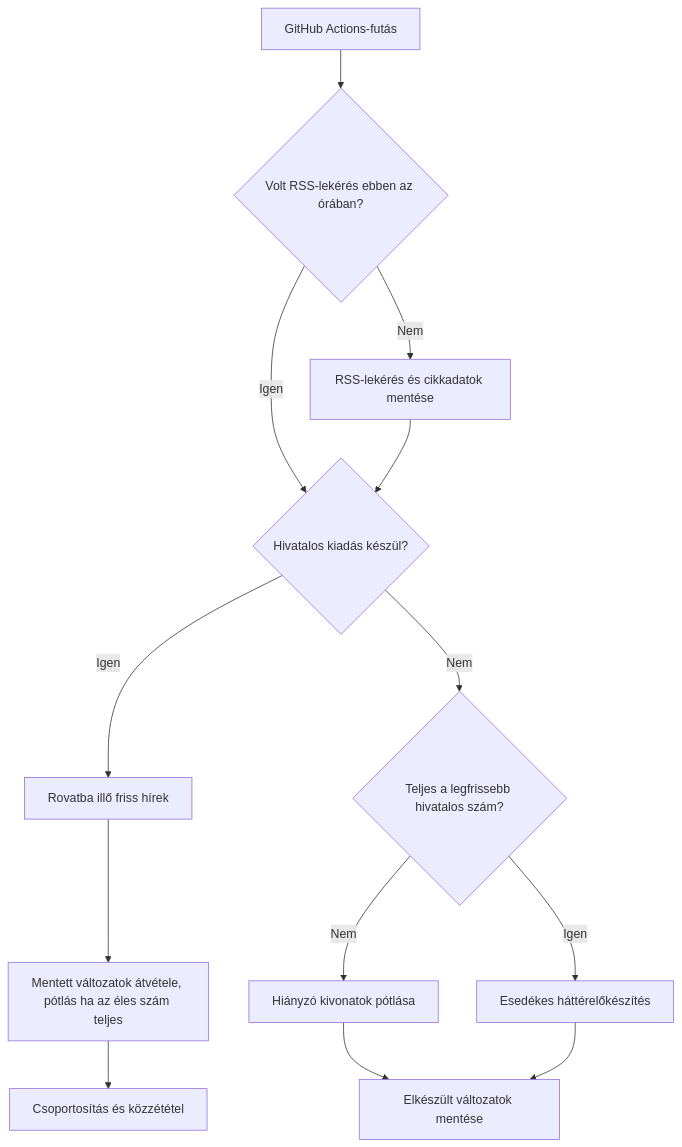
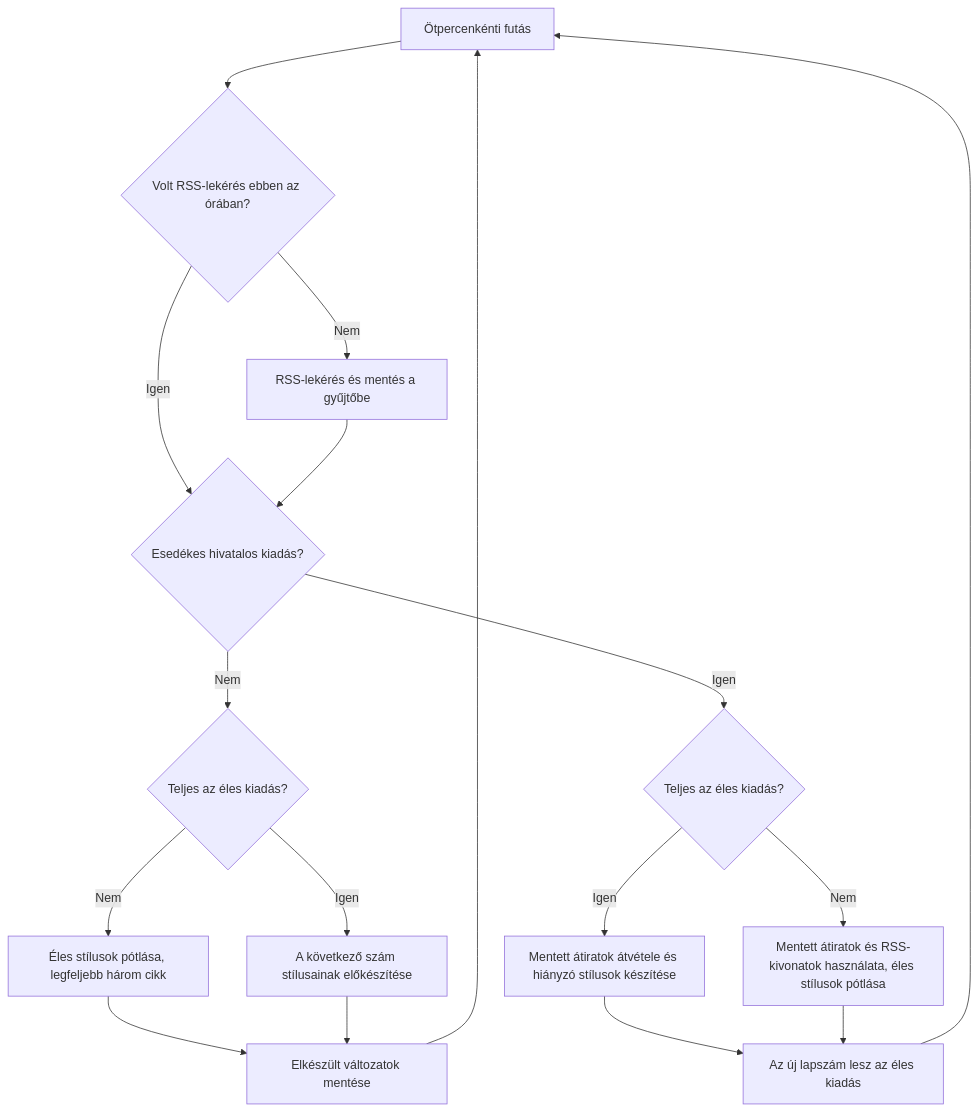
One commit to ngynrbrt-prog/nanonews changed the second of 6 diagrams in Dokumentumok/NANONews-mukodesi-leiras.md. Above: the diagram before and after it, drawn with Mermaid. The commit also changed other lines of this file and 1 other file, not shown here.

Commit message:
Document the recurring NANONews edition workflow

````diff
--- a/Dokumentumok/NANONews-mukodesi-leiras.md
+++ b/Dokumentumok/NANONews-mukodesi-leiras.md
@@ -131,15 +133,19 @@
 ```mermaid
 flowchart TD
-  run["GitHub Actions-futás"] --> hourly{"Volt RSS-lekérés ebben az órában?"}
-  hourly -->|Nem| rss["RSS-lekérés és cikkadatok mentése"]
+  run["Ötpercenkénti futás"] --> hourly{"Volt RSS-lekérés ebben az órában?"}
+  hourly -->|Nem| rss["RSS-lekérés és mentés a gyűjtőbe"]
   hourly -->|Igen| issue
-  rss --> issue{"Hivatalos kiadás készül?"}
-  issue -->|Igen| select["Rovatba illő friss hírek"]
-  select --> reuse["Mentett változatok átvétele, pótlás ha az éles szám teljes"]
-  reuse --> group["Csoportosítás és közzététel"]
-  issue -->|Nem| complete{"Teljes a legfrissebb hivatalos szám?"}
-  complete -->|Nem| backfill["Hiányzó kivonatok pótlása"]
-  complete -->|Igen| prepare["Esedékes háttérelőkészítés"]
-  backfill --> save["Elkészült változatok mentése"]
-  prepare --> save
+  rss --> issue{"Esedékes hivatalos kiadás?"}
+  issue -->|Nem| complete{"Teljes az éles kiadás?"}
+  complete -->|Nem| backfill["Éles stílusok pótlása, legfeljebb három cikk"]
+  complete -->|Igen| prepare["A következő szám stílusainak előkészítése"]
+  backfill --> saved["Elkészült változatok mentése"]
+  prepare --> saved
+  saved --> run
+  issue -->|Igen| ready{"Teljes az éles kiadás?"}
+  ready -->|Igen| generate["Mentett átiratok átvétele és hiányzó stílusok készítése"]
+  ready -->|Nem| existing["Mentett átiratok és RSS-kivonatok használata, éles stílusok pótlása"]
+  generate --> publish["Az új lapszám lesz az éles kiadás"]
+  existing --> publish
+  publish --> run
 ```
````
